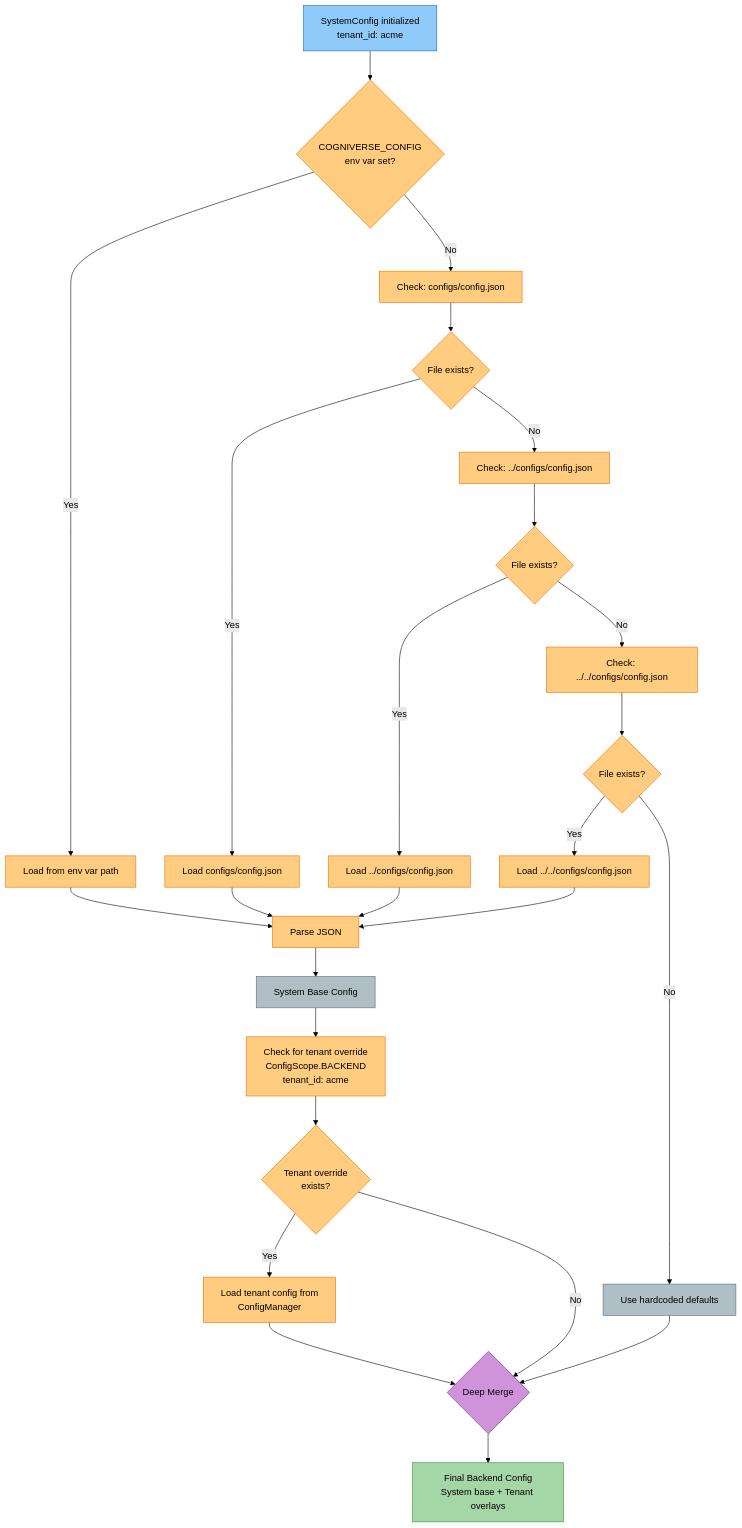
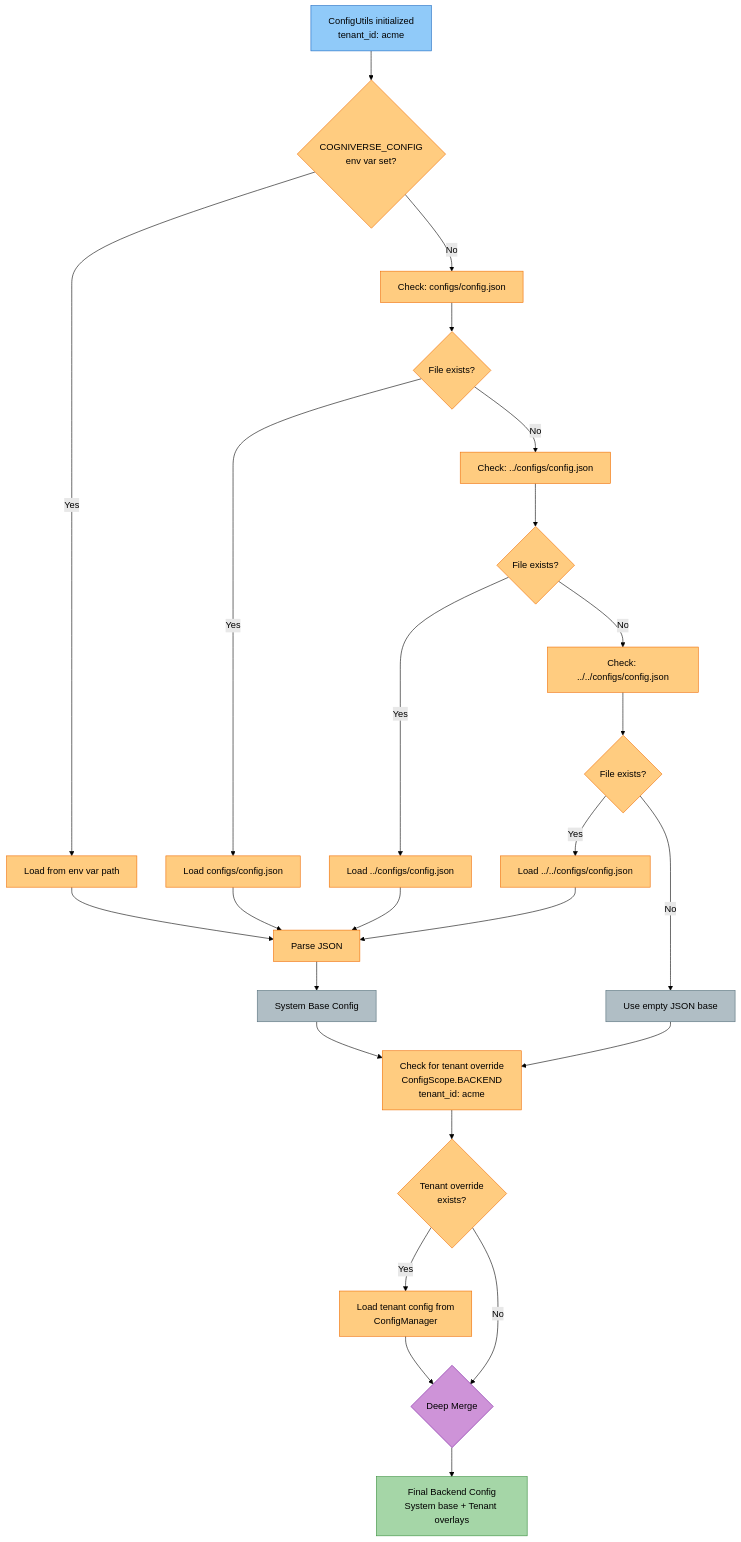
One commit to amit-jain/cogniverse changed the first of 9 diagrams in docs/modules/backends.md. Above: the diagram before and after it, drawn with Mermaid (forest theme). The commit also changed other lines of this file, not shown here.

````diff
--- a/docs/modules/backends.md
+++ b/docs/modules/backends.md
@@ -144,58 +152,58 @@
 ```mermaid
 flowchart TD
-    Start["<span style='color:#000'>SystemConfig initialized<br/>tenant_id: acme</span>"] --> CheckEnv{"<span style='color:#000'>COGNIVERSE_CONFIG<br/>env var set?</span>"}
+    Start["<span style='color:#000'>ConfigUtils initialized<br/>tenant_id: acme</span>"] --> CheckEnv{"<span style='color:#000'>COGNIVERSE_CONFIG<br/>env var set?</span>"}
 
     CheckEnv -->|Yes| LoadEnv["<span style='color:#000'>Load from env var path</span>"]
     CheckEnv -->|No| Check1["<span style='color:#000'>Check: configs/config.json</span>"]
 
     Check1 --> Exists1{"<span style='color:#000'>File exists?</span>"}
     Exists1 -->|Yes| Load1["<span style='color:#000'>Load configs/config.json</span>"]
     Exists1 -->|No| Check2["<span style='color:#000'>Check: ../configs/config.json</span>"]
 
     Check2 --> Exists2{"<span style='color:#000'>File exists?</span>"}
     Exists2 -->|Yes| Load2["<span style='color:#000'>Load ../configs/config.json</span>"]
     Exists2 -->|No| Check3["<span style='color:#000'>Check: ../../configs/config.json</span>"]
 
     Check3 --> Exists3{"<span style='color:#000'>File exists?</span>"}
     Exists3 -->|Yes| Load3["<span style='color:#000'>Load ../../configs/config.json</span>"]
-    Exists3 -->|No| UseDefaults["<span style='color:#000'>Use hardcoded defaults</span>"]
+    Exists3 -->|No| UseDefaults["<span style='color:#000'>Use empty JSON base</span>"]
 
     LoadEnv --> Parse["<span style='color:#000'>Parse JSON</span>"]
     Load1 --> Parse
     Load2 --> Parse
     Load3 --> Parse
-    UseDefaults --> Merge
+    UseDefaults --> GetTenantOverride
 
     Parse --> SystemBase["<span style='color:#000'>System Base Config</span>"]
     SystemBase --> GetTenantOverride["<span style='color:#000'>Check for tenant override<br/>ConfigScope.BACKEND<br/>tenant_id: acme</span>"]
 
     GetTenantOverride --> HasOverride{"<span style='color:#000'>Tenant override<br/>exists?</span>"}
 
     HasOverride -->|Yes| LoadOverride["<span style='color:#000'>Load tenant config from<br/>ConfigManager</span>"]
     HasOverride -->|No| Merge{"<span style='color:#000'>Deep Merge</span>"}
 
     LoadOverride --> Merge
 
     Merge --> FinalConfig["<span style='color:#000'>Final Backend Config<br/>System base + Tenant overlays</span>"]
 
     style Start fill:#90caf9,stroke:#1565c0,color:#000
     style CheckEnv fill:#ffcc80,stroke:#ef6c00,color:#000
     style LoadEnv fill:#ffcc80,stroke:#ef6c00,color:#000
     style Check1 fill:#ffcc80,stroke:#ef6c00,color:#000
     style Check2 fill:#ffcc80,stroke:#ef6c00,color:#000
     style Check3 fill:#ffcc80,stroke:#ef6c00,color:#000
     style Exists1 fill:#ffcc80,stroke:#ef6c00,color:#000
     style Exists2 fill:#ffcc80,stroke:#ef6c00,color:#000
     style Exists3 fill:#ffcc80,stroke:#ef6c00,color:#000
     style Load1 fill:#ffcc80,stroke:#ef6c00,color:#000
     style Load2 fill:#ffcc80,stroke:#ef6c00,color:#000
     style Load3 fill:#ffcc80,stroke:#ef6c00,color:#000
     style UseDefaults fill:#b0bec5,stroke:#546e7a,color:#000
     style Parse fill:#ffcc80,stroke:#ef6c00,color:#000
     style SystemBase fill:#b0bec5,stroke:#546e7a,color:#000
     style GetTenantOverride fill:#ffcc80,stroke:#ef6c00,color:#000
     style HasOverride fill:#ffcc80,stroke:#ef6c00,color:#000
     style LoadOverride fill:#ffcc80,stroke:#ef6c00,color:#000
     style Merge fill:#ce93d8,stroke:#7b1fa2,color:#000
     style FinalConfig fill:#a5d6a7,stroke:#388e3c,color:#000
 ```
````
